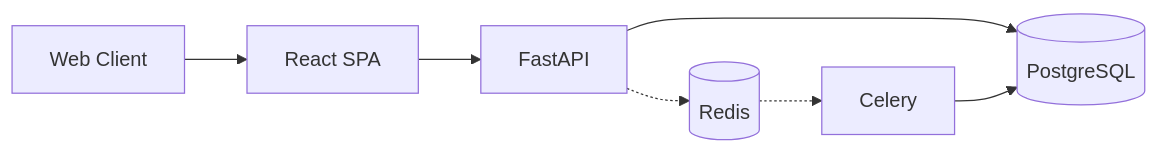
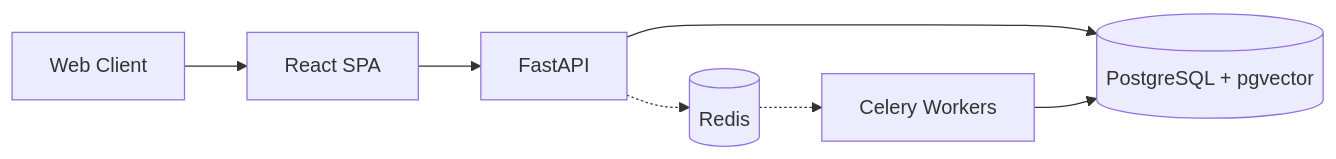
Before and after one commit to Aditya-Khubalkar/JURISPULSE: the diagram in README.md, drawn with Mermaid. The commit also changed other lines of this file, not shown here.

````diff
--- a/README.md
+++ b/README.md
@@ -69,10 +68,10 @@
 ```mermaid
 flowchart LR
     Client[Web Client] --> Frontend[React SPA]
     Frontend --> API[FastAPI]
     
-    API --> DB[(PostgreSQL)]
+    API --> DB[(PostgreSQL + pgvector)]
     API -.-> Redis[(Redis)]
-    Redis -.-> Workers[Celery]
+    Redis -.-> Workers[Celery Workers]
     Workers --> DB
 ```
````
